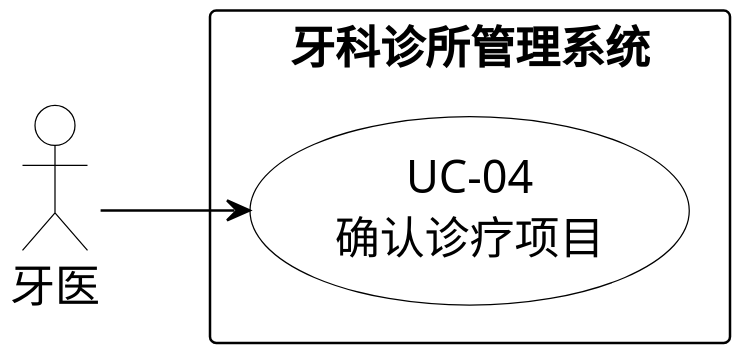
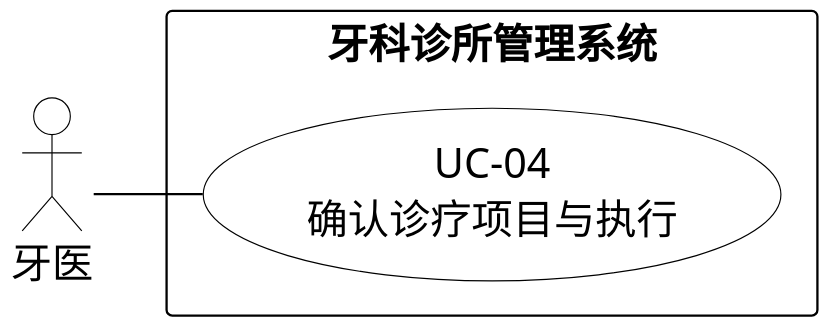
One commit to Shawmc-creator/systemAnalyseAndDesign changed the diagram in 01-需求文档/diagrams/07-04-system-use-case.puml. Above: the diagram before and after it, drawn with PlantUML. The commit also changed 736 other files, not shown here.

```diff
--- a/01-需求文档/diagrams/07-04-system-use-case.puml
+++ b/01-需求文档/diagrams/07-04-system-use-case.puml
@@ -1,26 +1,29 @@
 @startuml
-left to right direction
 skinparam backgroundColor white
 skinparam shadowing false
 skinparam defaultFontName SimSun
 skinparam defaultFontSize 18
-skinparam dpi 240
+skinparam dpi 220
 skinparam ArrowColor black
+skinparam nodesep 22
+skinparam ranksep 48
 skinparam actor {
  BorderColor black
  BackgroundColor white
 }
 skinparam usecase {
  BorderColor black
  BackgroundColor white
 }
 skinparam rectangle {
  BorderColor black
  BackgroundColor white
 }
-actor "牙医" as A
+left to right direction
+actor "牙医" as A0
 rectangle "牙科诊所管理系统" {
- usecase "UC-04\n确认诊疗项目" as U
+ usecase "UC-04\n确认诊疗项目与执行" as U
 }
-A --> U
+A0 -- U
+
 @enduml
```
